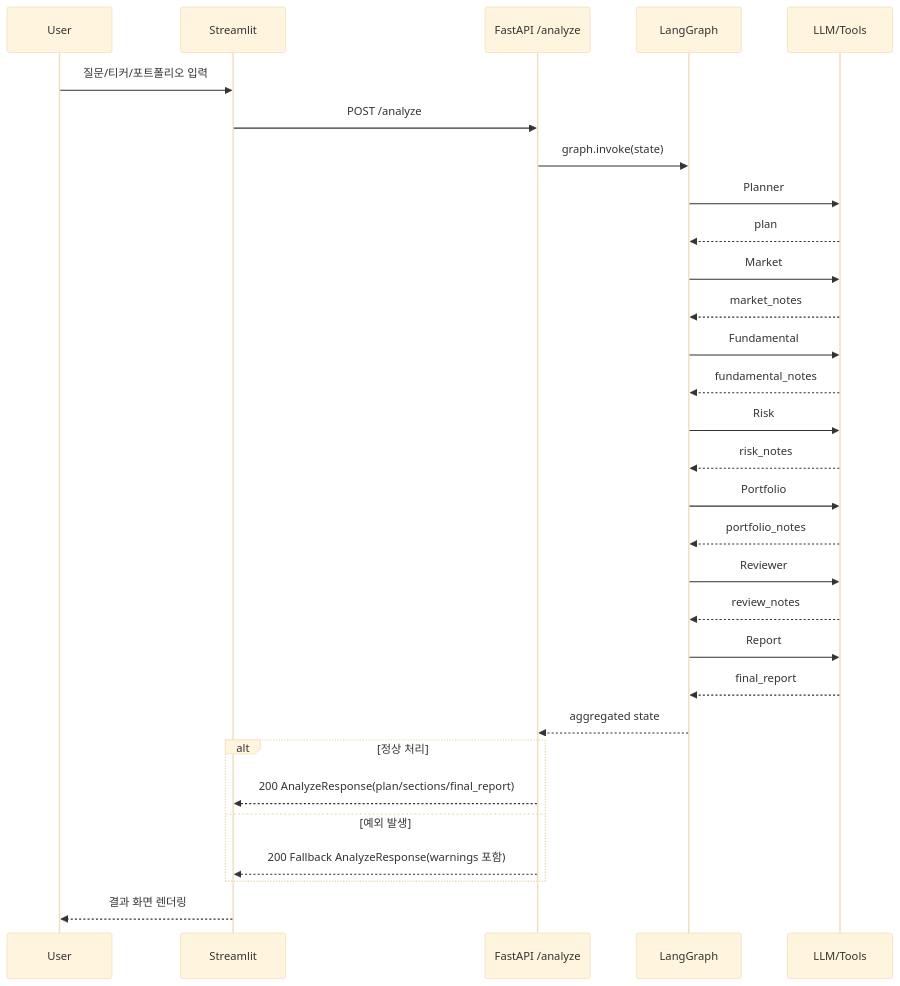
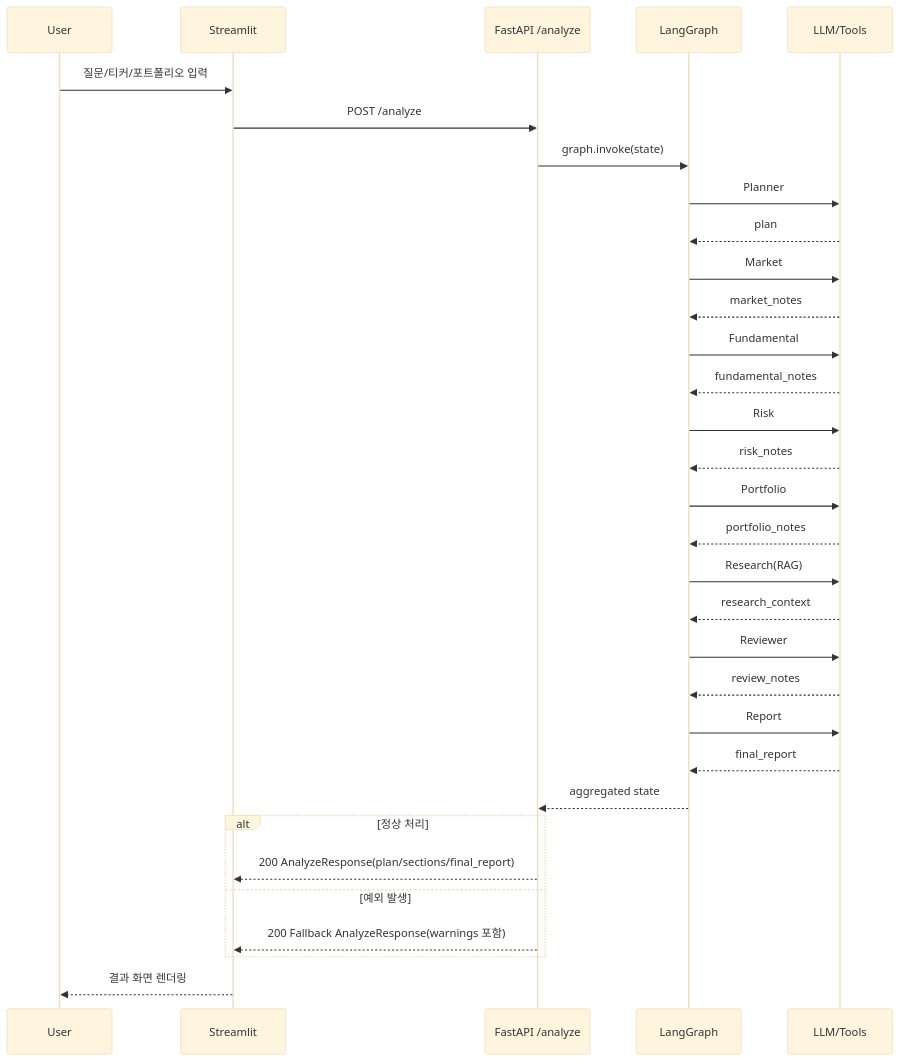
Before and after one commit to sebastiaok/InvestAI: the second of 2 diagrams in README.md, drawn with Mermaid (base theme). The commit also changed other lines of this file and 9 other files, not shown here.

````diff
--- a/README.md
+++ b/README.md
@@ -99,35 +93,37 @@
 ```mermaid
 sequenceDiagram
     participant U as User
     participant ST as Streamlit
     participant API as FastAPI /analyze
     participant G as LangGraph
     participant LLM as LLM/Tools
 
     U->>ST: 질문/티커/포트폴리오 입력
     ST->>API: POST /analyze
     API->>G: graph.invoke(state)
 
     G->>LLM: Planner
     LLM-->>G: plan
     G->>LLM: Market
     LLM-->>G: market_notes
     G->>LLM: Fundamental
     LLM-->>G: fundamental_notes
     G->>LLM: Risk
     LLM-->>G: risk_notes
     G->>LLM: Portfolio
     LLM-->>G: portfolio_notes
+    G->>LLM: Research(RAG)
+    LLM-->>G: research_context
     G->>LLM: Reviewer
     LLM-->>G: review_notes
     G->>LLM: Report
     LLM-->>G: final_report
     G-->>API: aggregated state
 
     alt 정상 처리
         API-->>ST: 200 AnalyzeResponse(plan/sections/final_report)
     else 예외 발생
         API-->>ST: 200 Fallback AnalyzeResponse(warnings 포함)
     end
     ST-->>U: 결과 화면 렌더링
 ```
````
